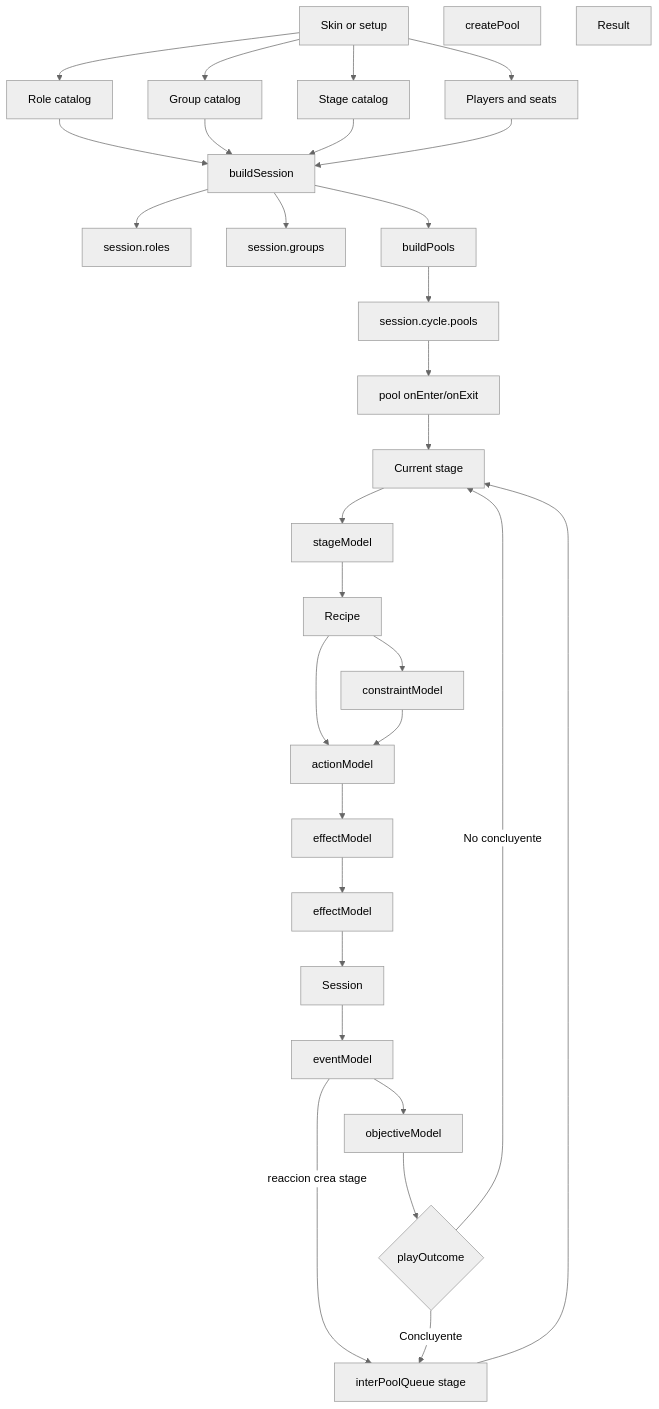
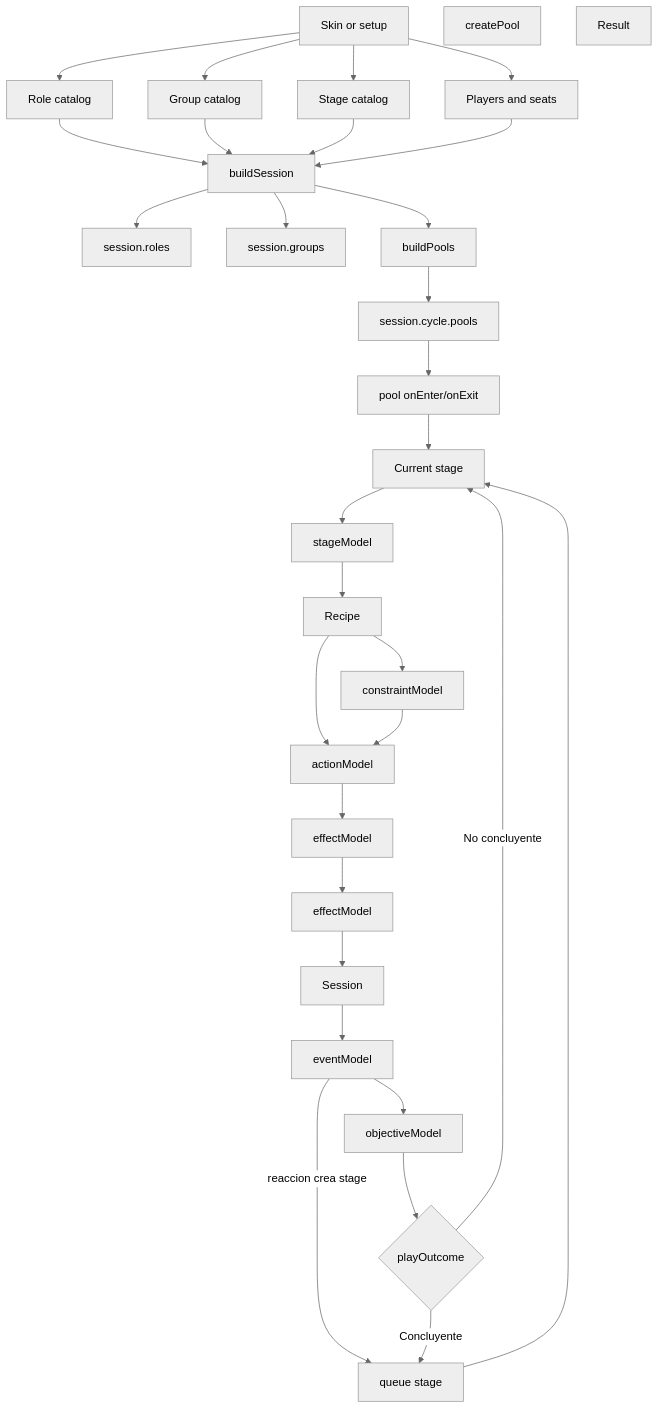
Before and after one commit to juanramonmorandeira/castronegro-director: the first of 14 diagrams in docs/engine_flow_map.md, drawn with Mermaid (neutral theme). The commit also changed other lines of this file and 50 other files, not shown here.

Commit message:
Catalog pools and inter-pool queues

````diff
--- a/docs/engine_flow_map.md
+++ b/docs/engine_flow_map.md
@@ -14,58 +14,58 @@
 ```mermaid
 flowchart TD
   Skin[Skin or setup]
   RoleCatalog[Role catalog]
   GroupCatalog[Group catalog]
   StageCatalog[Stage catalog]
   Players[Players and seats]
   BuildSession[buildSession]
   RoleStates[session.roles]
   GroupStates[session.groups]
   BuildPools[buildPools]
   CreatePool[createPool]
   CyclePools[session.cycle.pools]
   PoolLifecycle[pool onEnter/onExit]
   CurrentStage[Current stage]
   StageModel[stageModel]
   Recipe[Recipe]
   Constraint[constraintModel]
   Action[actionModel]
   Resolver[effectModel]
   Effect[effectModel]
   Session[Session]
   Objectives[objectiveModel]
   PlayOutcome{playOutcome}
   Event[eventModel]
-  InterPoolStage[interPoolQueue stage]
+  QueueStage[queue stage]
   Result[Result]
 
   Skin --> RoleCatalog
   Skin --> GroupCatalog
   Skin --> StageCatalog
   Skin --> Players
   RoleCatalog --> BuildSession
   GroupCatalog --> BuildSession
   StageCatalog --> BuildSession
   Players --> BuildSession
   BuildSession --> RoleStates
   BuildSession --> GroupStates
   BuildSession --> BuildPools
   BuildPools --> CyclePools
   CyclePools --> PoolLifecycle
   PoolLifecycle --> CurrentStage
   CurrentStage --> StageModel
   StageModel --> Recipe
   Recipe --> Constraint
   Recipe --> Action
   Constraint --> Action
   Action --> Resolver
   Resolver --> Effect
   Effect --> Session
   Session --> Event
-  Event -->|reaccion crea stage| InterPoolStage
-  InterPoolStage --> CurrentStage
+  Event -->|reaccion crea stage| QueueStage
+  QueueStage --> CurrentStage
   Event --> Objectives
   Objectives --> PlayOutcome
   PlayOutcome -->|No concluyente| CurrentStage
-  PlayOutcome -->|Concluyente| InterPoolStage
+  PlayOutcome -->|Concluyente| QueueStage
 ```
````
